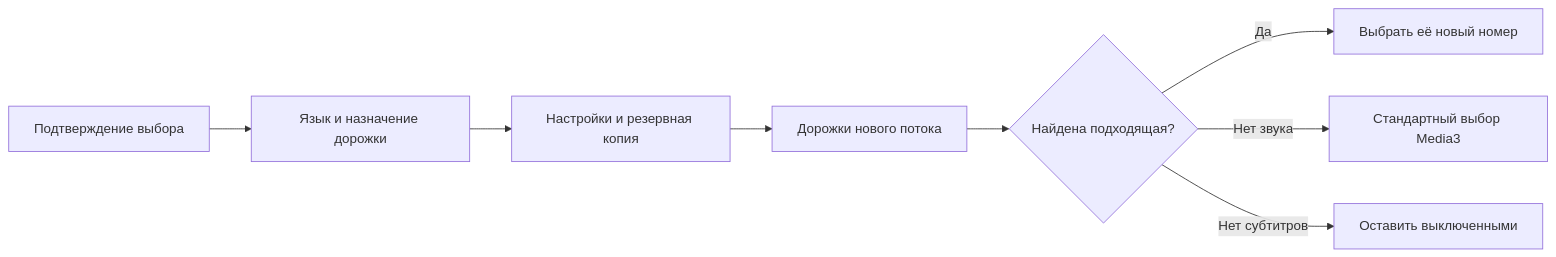
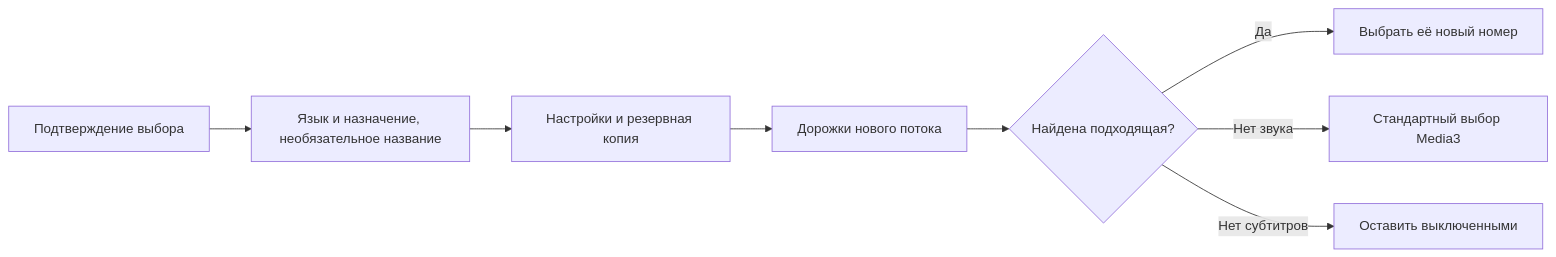
The diagram in docs/TRACK-PREFERENCES.ru.md (open-ott-play/ottplay-android), drawn with Mermaid before and after one commit. The commit also changed other lines of this file and 23 other files, not shown here.

````diff
--- a/docs/TRACK-PREFERENCES.ru.md
+++ b/docs/TRACK-PREFERENCES.ru.md
@@ -13,10 +21,10 @@
 ```mermaid
 flowchart LR
-    A[Подтверждение выбора] --> B[Язык и назначение дорожки]
+    A[Подтверждение выбора] --> B[Язык и назначение, необязательное название]
     B --> C[Настройки и резервная копия]
     C --> D[Дорожки нового потока]
     D --> E{Найдена подходящая?}
     E -->|Да| F[Выбрать её новый номер]
     E -->|Нет звука| G[Стандартный выбор Media3]
     E -->|Нет субтитров| H[Оставить выключенными]
 ```
````
